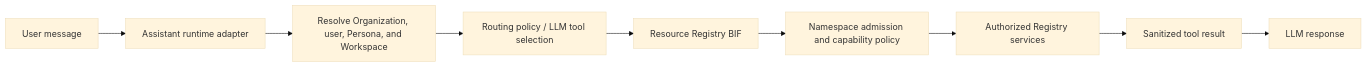
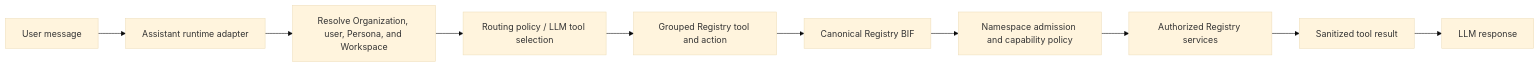
Before and after one commit to dgonzale9/RR: the diagram in resource_registry/docs/RESOURCE_REGISTRY_BIFS_OVERVIEW.md, drawn with Mermaid (base theme). The commit also changed other lines of this file and 295 other files, not shown here.

````diff
--- a/resource_registry/docs/RESOURCE_REGISTRY_BIFS_OVERVIEW.md
+++ b/resource_registry/docs/RESOURCE_REGISTRY_BIFS_OVERVIEW.md
@@ -16,11 +49,12 @@
 ```mermaid
 flowchart LR
     U[User message] --> R[Assistant runtime adapter]
     R --> N[Resolve Organization, user, Persona, and Workspace]
     N --> P[Routing policy / LLM tool selection]
-    P --> B[Resource Registry BIF]
+    P --> G[Grouped Registry tool and action]
+    G --> B[Canonical Registry BIF]
     B --> A[Namespace admission and capability policy]
     A --> D[Authorized Registry services]
     D --> S[Sanitized tool result]
     S --> L[LLM response]
 ```
````
